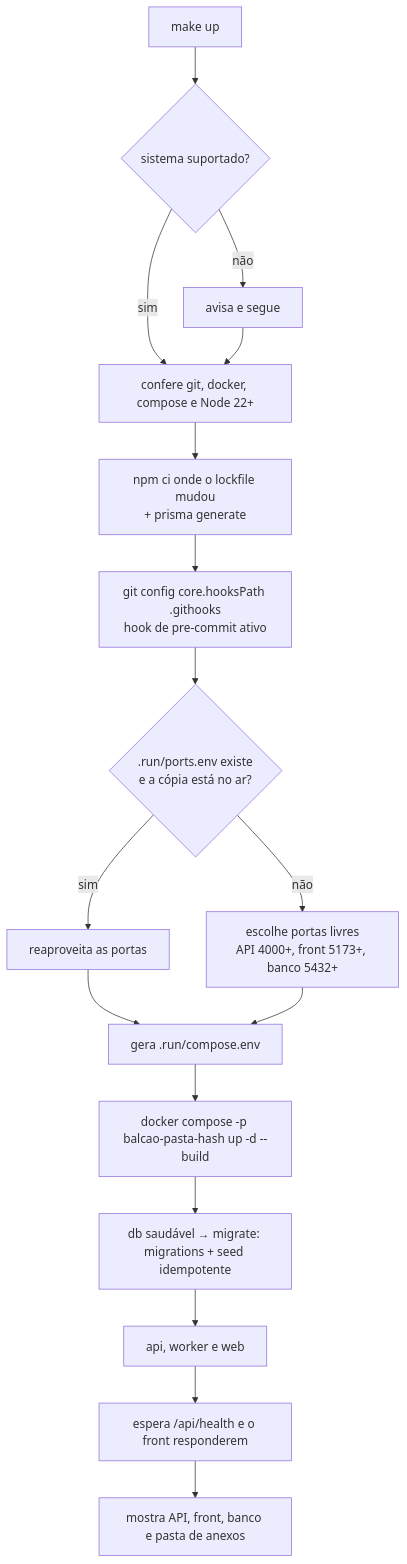
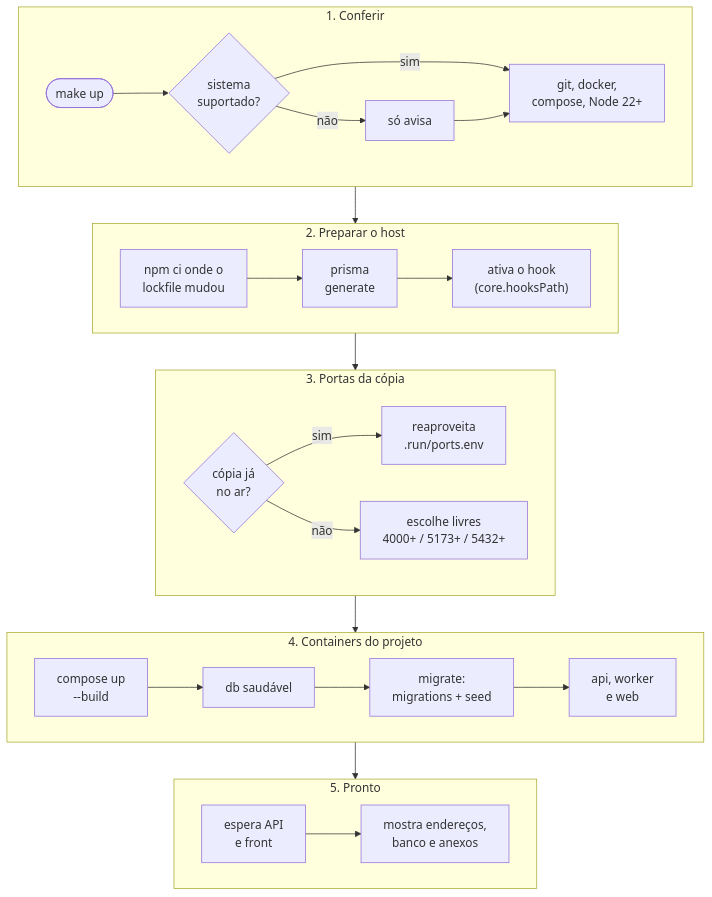
The first of 2 diagrams in docs/ambiente.md (aeciopires/mba-ia-desafio-harness-legado), drawn with Mermaid before and after one commit. The commit also changed 2 other files, not shown here.

Commit message:
docs: diagramas Mermaid revisados com o mermaid-cli (rótulos sobrepostos, quebras e setas)

````diff
--- a/docs/ambiente.md
+++ b/docs/ambiente.md
@@ -34,19 +34,28 @@
 ```mermaid
 flowchart TD
-  A[make up] --> B{sistema suportado?}
-  B -- não --> B1[avisa e segue]
-  B -- sim --> C
-  B1 --> C[confere git, docker, compose e Node 22+]
-  C --> D[npm ci onde o lockfile mudou<br/>+ prisma generate]
-  D --> E[git config core.hooksPath .githooks<br/>hook de pre-commit ativo]
-  E --> F{.run/ports.env existe<br/>e a cópia está no ar?}
-  F -- sim --> G[reaproveita as portas]
-  F -- não --> H[escolhe portas livres<br/>API 4000+, front 5173+, banco 5432+]
-  G --> I[gera .run/compose.env]
-  H --> I
-  I --> J[docker compose -p balcao-pasta-hash up -d --build]
-  J --> K[db saudável → migrate: migrations + seed idempotente]
-  K --> L[api, worker e web]
-  L --> M[espera /api/health e o front responderem]
-  M --> N[mostra API, front, banco e pasta de anexos]
+  subgraph p1["1. Conferir"]
+    direction LR
+    A([make up]) --> B{"sistema<br/>suportado?"}
+    B -- não --> B1[só avisa]
+    B -- sim --> C["git, docker,<br/>compose, Node 22+"]
+    B1 --> C
+  end
+  subgraph p2["2. Preparar o host"]
+    direction LR
+    D["npm ci onde o<br/>lockfile mudou"] --> E["prisma<br/>generate"] --> E2["ativa o hook<br/>(core.hooksPath)"]
+  end
+  subgraph p3["3. Portas da cópia"]
+    direction LR
+    F{"cópia já<br/>no ar?"} -- sim --> G["reaproveita<br/>.run/ports.env"]
+    F -- não --> H["escolhe livres<br/>4000+ / 5173+ / 5432+"]
+  end
+  subgraph p4["4. Containers do projeto"]
+    direction LR
+    J["compose up<br/>--build"] --> K["db saudável"] --> K2["migrate:<br/>migrations + seed"] --> L["api, worker<br/>e web"]
+  end
+  subgraph p5["5. Pronto"]
+    direction LR
+    M["espera API<br/>e front"] --> N["mostra endereços,<br/>banco e anexos"]
+  end
+  p1 --> p2 --> p3 --> p4 --> p5
 ```
````
